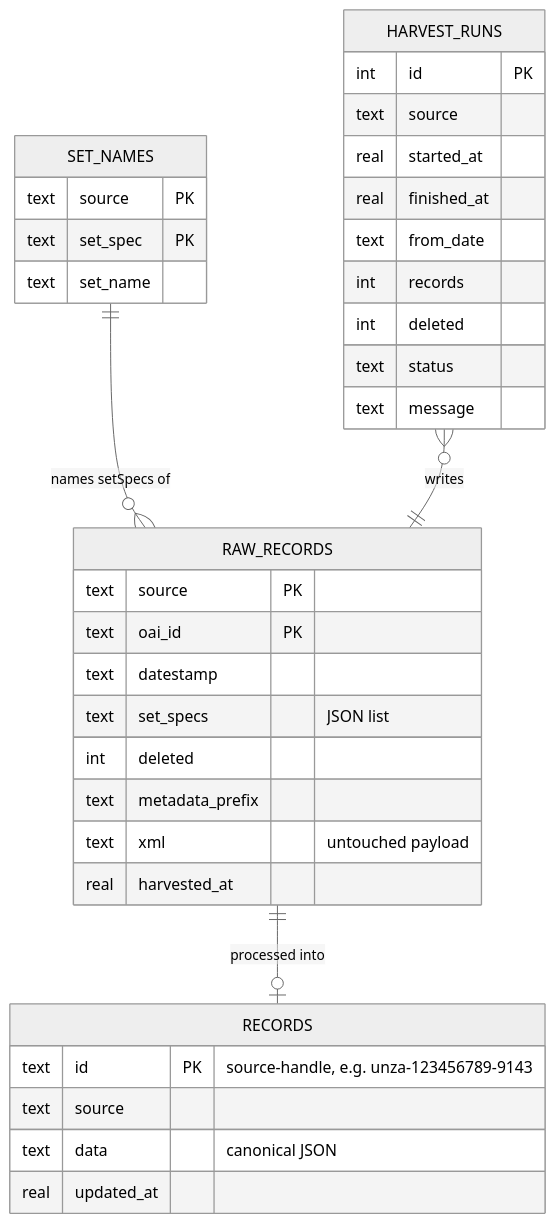
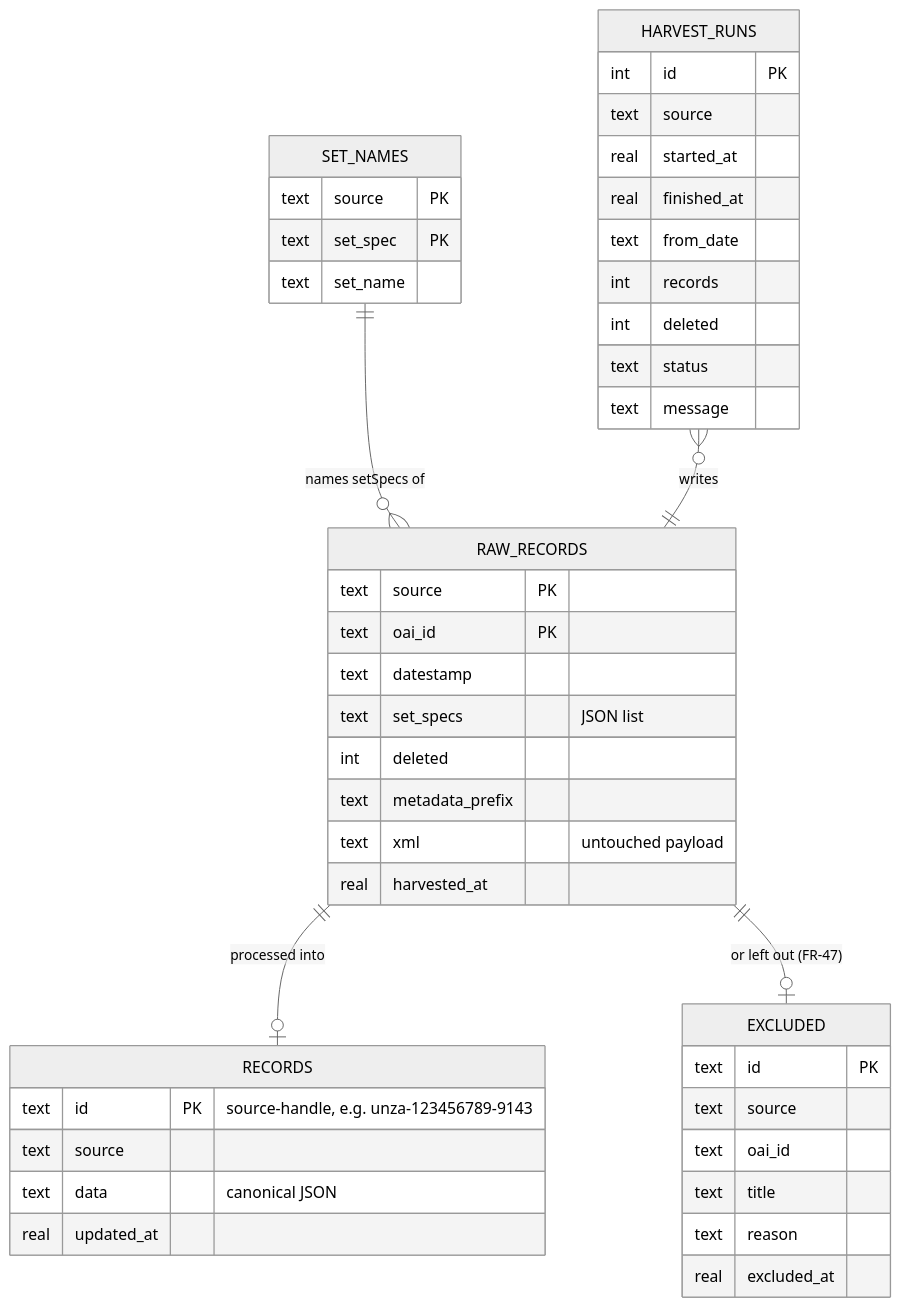
Before and after one commit to lightonphiri/code-datalab26-netd_aggregator: the fourth of 14 diagrams in docs/SDD.md, drawn with Mermaid (neutral theme). The commit also changed other lines of this file and 2 other files, not shown here.

Commit message:
Docs: SRS v0.24 (FR-47 postgraduate scope), SDD v0.22, OPERATIONS.md (excluding records)

````diff
--- a/docs/SDD.md
+++ b/docs/SDD.md
@@ -146,38 +147,47 @@
 ```mermaid
 erDiagram
   RAW_RECORDS {
     text source PK
     text oai_id PK
     text datestamp
     text set_specs "JSON list"
     int deleted
     text metadata_prefix
     text xml "untouched payload"
     real harvested_at
   }
   SET_NAMES {
     text source PK
     text set_spec PK
     text set_name
   }
   RECORDS {
     text id PK "source-handle, e.g. unza-123456789-9143"
     text source
     text data "canonical JSON"
     real updated_at
   }
   HARVEST_RUNS {
     int id PK
     text source
     real started_at
     real finished_at
     text from_date
     int records
     int deleted
     text status
     text message
   }
+  EXCLUDED {
+    text id PK
+    text source
+    text oai_id
+    text title
+    text reason
+    real excluded_at
+  }
   RAW_RECORDS ||--o| RECORDS : "processed into"
+  RAW_RECORDS ||--o| EXCLUDED : "or left out (FR-47)"
   SET_NAMES ||--o{ RAW_RECORDS : "names setSpecs of"
   HARVEST_RUNS }o--|| RAW_RECORDS : "writes"
 ```
````
